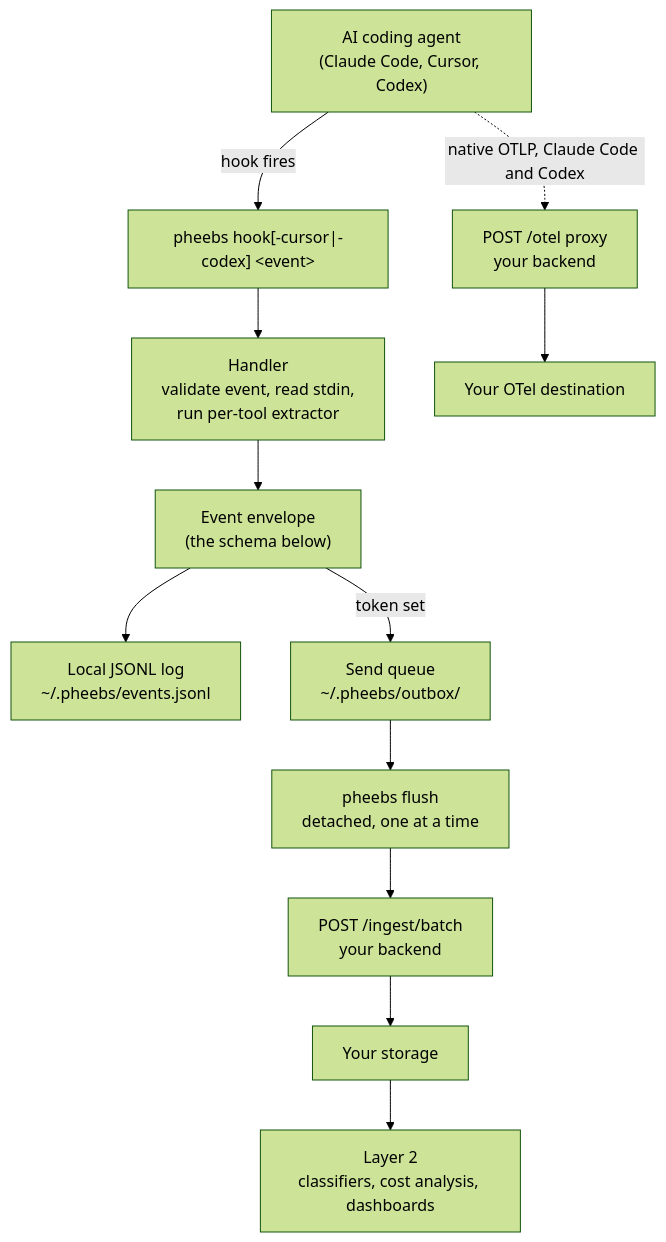
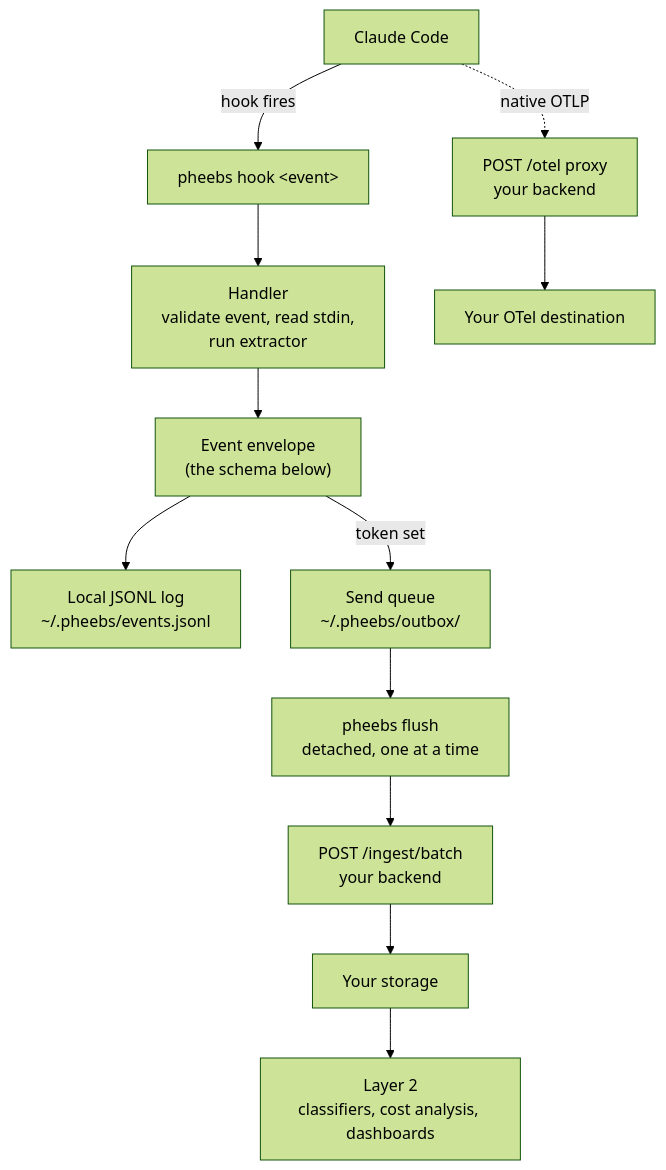
One commit to Eversynced/pheebs changed the diagram in docs/architecture.md. Above: the diagram before and after it, drawn with Mermaid (forest theme). The commit also changed other lines of this file and 6 other files, not shown here.

First line of the commit message:
docs: deprecate Cursor and Codex in contract 1.11.0

````diff
--- a/docs/architecture.md
+++ b/docs/architecture.md
@@ -7,14 +7,14 @@
 ```mermaid
 flowchart TD
-    A["AI coding agent<br/>(Claude Code, Cursor, Codex)"] -->|hook fires| B["pheebs hook[-cursor|-codex] &lt;event&gt;"]
-    B --> C["Handler<br/>validate event, read stdin,<br/>run per-tool extractor"]
+    A["Claude Code"] -->|hook fires| B["pheebs hook &lt;event&gt;"]
+    B --> C["Handler<br/>validate event, read stdin,<br/>run extractor"]
     C --> D["Event envelope<br/>(the schema below)"]
     D --> E["Local JSONL log<br/>~/.pheebs/events.jsonl"]
     D -->|token set| Q["Send queue<br/>~/.pheebs/outbox/"]
     Q --> R["pheebs flush<br/>detached, one at a time"]
     R --> F["POST /ingest/batch<br/>your backend"]
-    A -.->|native OTLP, Claude Code and Codex| G["POST /otel proxy<br/>your backend"]
+    A -.->|native OTLP| G["POST /otel proxy<br/>your backend"]
     F --> H["Your storage"]
     G --> I["Your OTel destination"]
     H --> J["Layer 2<br/>classifiers, cost analysis, dashboards"]
 ```
````
